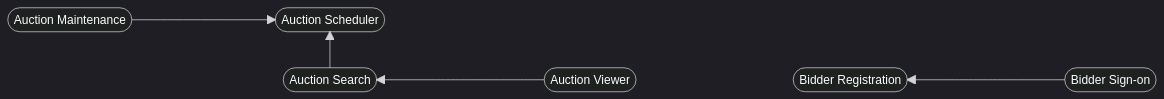
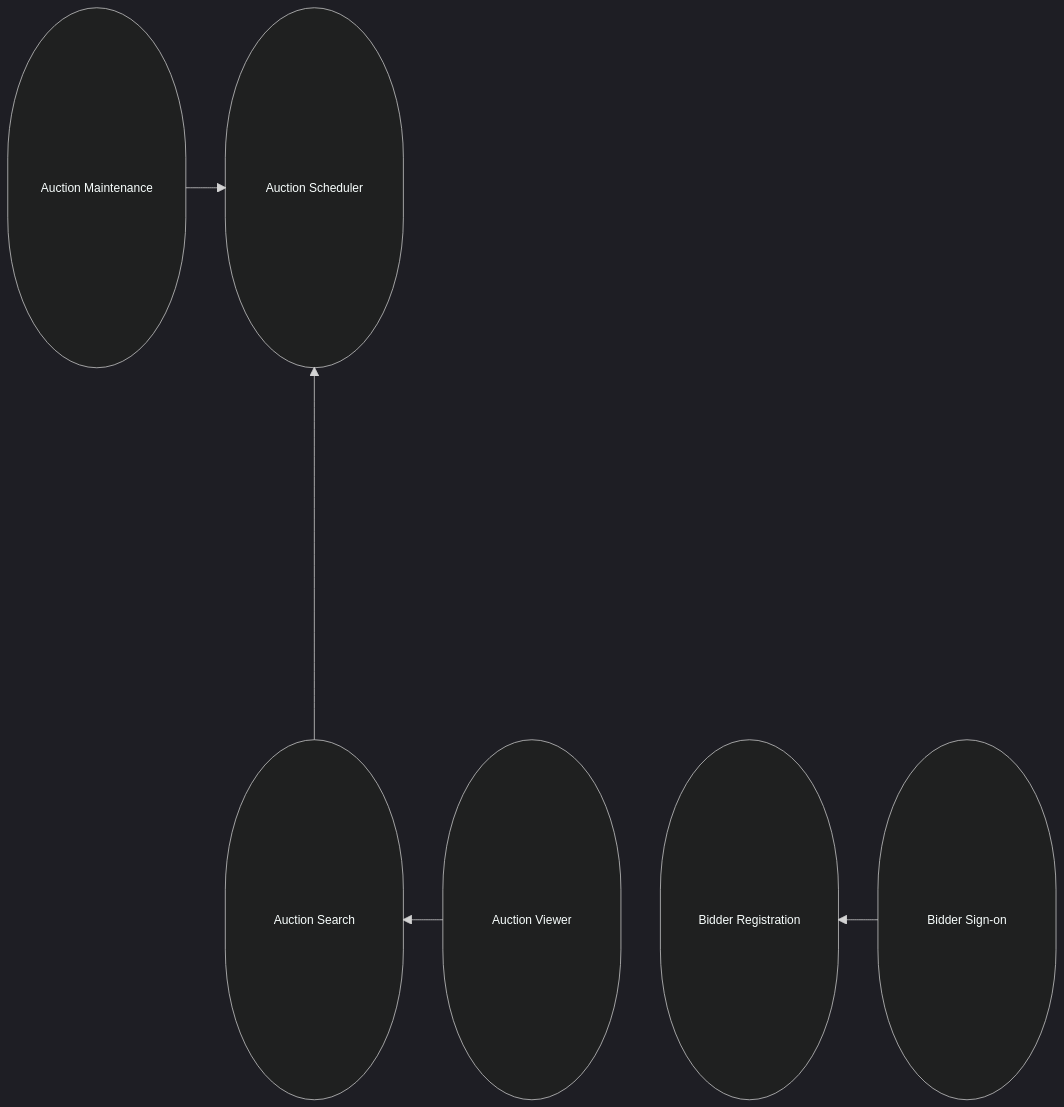
The third of 7 diagrams in theorieles 3/index.md (Copystrike/slides-ict-architecture), drawn with Mermaid before and after one commit. The commit also changed other lines of this file and 2 other files, not shown here.

Commit message:
Fix diagram text size. Scrolling behavior is hard to fix because Reveal does a whole bunch of transforms and units like vw or vh don't act as expected.

```diff
--- a/theorieles 3/index.md
+++ b/theorieles 3/index.md
@@ -120,18 +148,26 @@
-<div class="mermaid">
+<div class="mermaid" data-text-scaling="10">
 %%{init: {'theme': 'dark', 'themeVariables': { 'darkMode': true }}}%%
 block-beta
-columns 9
-  auctionmaintenance space auctionscheduler space:6
-  space:9
-  space:2 auctionsearch space auctionviewer space bidderregistration space biddersignon
+columns 63
+  auctionmaintenance:11 space:2 auctionscheduler:11 space:39
+  space:63
+  space:13 auctionsearch:11 space:2 auctionviewer:11 space:2 bidderregistration:11 space:2 biddersignon:11
   auctionmaintenance-->auctionscheduler
   auctionsearch-->auctionscheduler
   auctionviewer-->auctionsearch
   biddersignon-->bidderregistration
-  auctionmaintenance(["Auction Maintenance"])
-  auctionscheduler(["Auction Scheduler"])
-  auctionsearch(["Auction Search"])
-  auctionviewer(["Auction Viewer"])
-  bidderregistration(["Bidder Registration"])
-  biddersignon(["Bidder Sign-on"])
+  auctionmaintenance("Auction Maintenance")
+  auctionscheduler("Auction Scheduler")
+  auctionsearch("Auction Search")
+  auctionviewer("Auction Viewer")
+  bidderregistration("Bidder Registration")
+  biddersignon("Bidder Sign-on")
+
+  classDef component rx:200px,ry:200px,height:30em
+  class auctionmaintenance component
+  class auctionscheduler component
+  class auctionsearch component
+  class auctionviewer component
+  class bidderregistration component
+  class biddersignon component
 </div>
```
